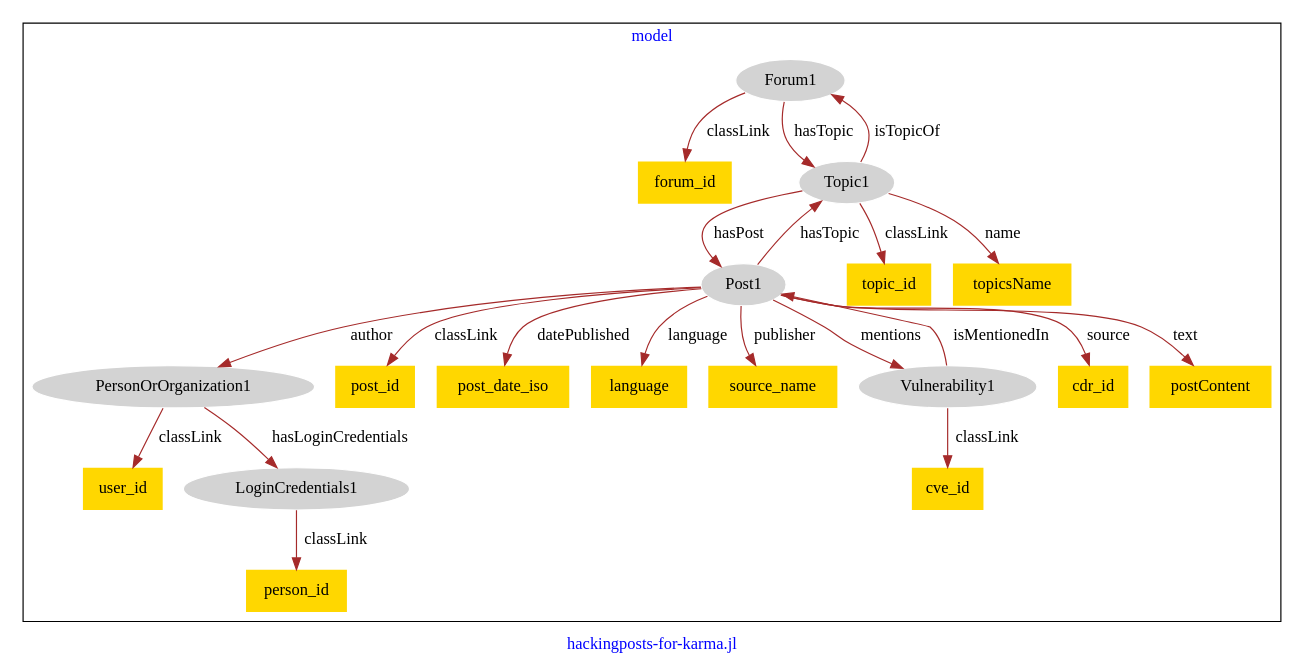
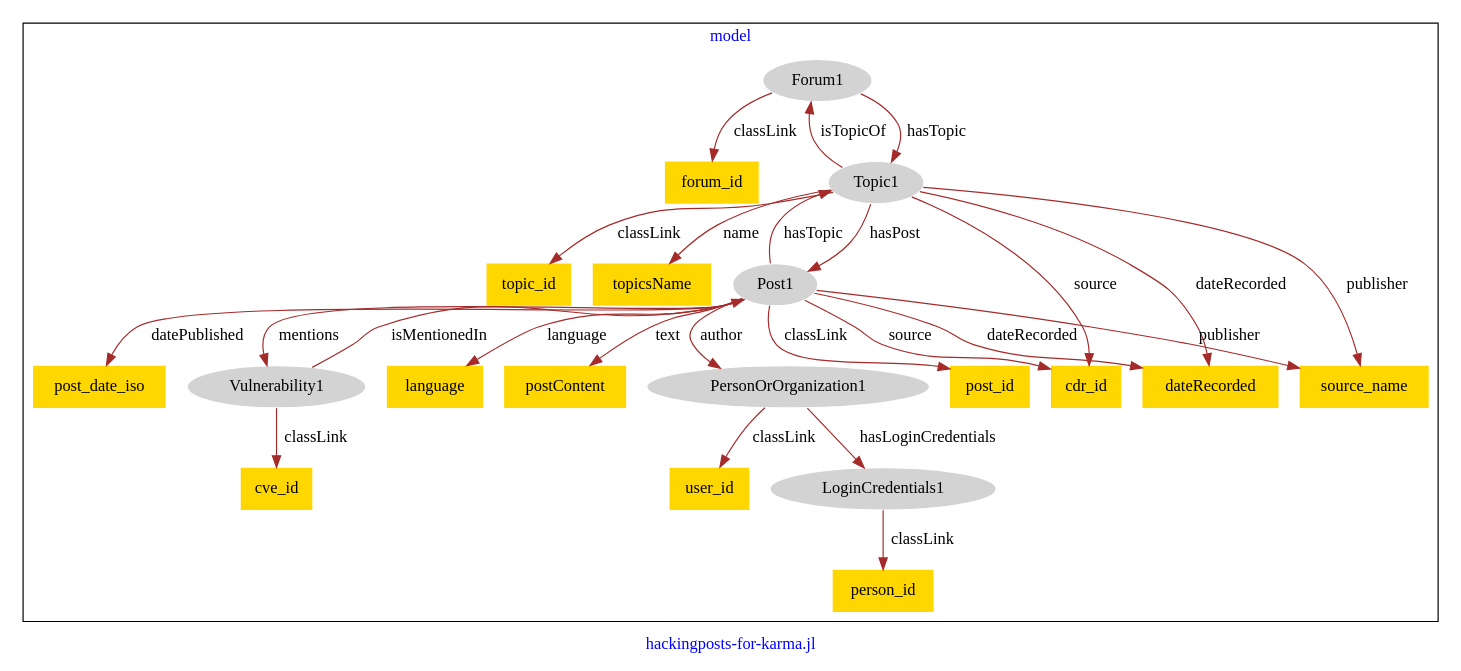
One commit to usc-isi-i2/effect-alignment changed the diagram in models/asu-hacking-posts/hacking_posts-model.dot. Above: the diagram before and after it, drawn with Graphviz.

Commit message:
Update file hacking_posts-model.dot

```diff
--- a/models/asu-hacking-posts/hacking_posts-model.dot
+++ b/models/asu-hacking-posts/hacking_posts-model.dot
@@ -1,46 +1,51 @@
 digraph n0 {
 fontcolor="blue"
 remincross="true"
 label="hackingposts-for-karma.jl"
 subgraph cluster {
 label="model"
 n2[style="filled",color="white",fillcolor="lightgray",label="Forum1"];
 n3[shape="plaintext",style="filled",fillcolor="gold",label="forum_id"];
-n4[style="filled",color="white",fillcolor="lightgray",label="LoginCredentials1"];
-n5[shape="plaintext",style="filled",fillcolor="gold",label="person_id"];
-n6[style="filled",color="white",fillcolor="lightgray",label="PersonOrOrganization1"];
-n7[shape="plaintext",style="filled",fillcolor="gold",label="user_id"];
-n8[style="filled",color="white",fillcolor="lightgray",label="Post1"];
-n9[shape="plaintext",style="filled",fillcolor="gold",label="post_id"];
-n10[style="filled",color="white",fillcolor="lightgray",label="Topic1"];
+n4[style="filled",color="white",fillcolor="lightgray",label="Topic1"];
+n5[style="filled",color="white",fillcolor="lightgray",label="LoginCredentials1"];
+n6[shape="plaintext",style="filled",fillcolor="gold",label="person_id"];
+n7[style="filled",color="white",fillcolor="lightgray",label="PersonOrOrganization1"];
+n8[shape="plaintext",style="filled",fillcolor="gold",label="user_id"];
+n9[style="filled",color="white",fillcolor="lightgray",label="Post1"];
+n10[shape="plaintext",style="filled",fillcolor="gold",label="post_id"];
 n11[shape="plaintext",style="filled",fillcolor="gold",label="post_date_iso"];
 n12[shape="plaintext",style="filled",fillcolor="gold",label="language"];
-n13[style="filled",color="white",fillcolor="lightgray",label="Vulnerability1"];
-n14[shape="plaintext",style="filled",fillcolor="gold",label="source_name"];
-n15[shape="plaintext",style="filled",fillcolor="gold",label="cdr_id"];
-n16[shape="plaintext",style="filled",fillcolor="gold",label="postContent"];
-n17[shape="plaintext",style="filled",fillcolor="gold",label="topic_id"];
-n18[shape="plaintext",style="filled",fillcolor="gold",label="topicsName"];
-n19[shape="plaintext",style="filled",fillcolor="gold",label="cve_id"];
+n13[shape="plaintext",style="filled",fillcolor="gold",label="postContent"];
+n14[shape="plaintext",style="filled",fillcolor="gold",label="topic_id"];
+n15[shape="plaintext",style="filled",fillcolor="gold",label="topicsName"];
+n16[style="filled",color="white",fillcolor="lightgray",label="Vulnerability1"];
+n17[shape="plaintext",style="filled",fillcolor="gold",label="cve_id"];
+n18[shape="plaintext",style="filled",fillcolor="gold",label="cdr_id"];
+n19[shape="plaintext",style="filled",fillcolor="gold",label="dateRecorded"];
+n20[shape="plaintext",style="filled",fillcolor="gold",label="source_name"];
 }
 n2 -> n3[color="brown",fontcolor="black",label="classLink"]
-n4 -> n5[color="brown",fontcolor="black",label="classLink"]
-n6 -> n7[color="brown",fontcolor="black",label="classLink"]
-n6 -> n4[color="brown",fontcolor="black",label="hasLoginCredentials"]
-n8 -> n9[color="brown",fontcolor="black",label="classLink"]
-n8 -> n10[color="brown",fontcolor="black",label="hasTopic"]
-n8 -> n6[color="brown",fontcolor="black",label="author"]
-n8 -> n11[color="brown",fontcolor="black",label="datePublished"]
-n8 -> n12[color="brown",fontcolor="black",label="language"]
-n8 -> n13[color="brown",fontcolor="black",label="mentions"]
-n8 -> n14[color="brown",fontcolor="black",label="publisher"]
-n8 -> n15[color="brown",fontcolor="black",label="source"]
-n8 -> n16[color="brown",fontcolor="black",label="text"]
-n10 -> n17[color="brown",fontcolor="black",label="classLink"]
-n10 -> n2[color="brown",fontcolor="black",label="isTopicOf"]
-n10 -> n18[color="brown",fontcolor="black",label="name"]
-n13 -> n19[color="brown",fontcolor="black",label="classLink"]
-n2 -> n10[color="brown",fontcolor="black",label="hasTopic"]
-n13 -> n8[color="brown",fontcolor="black",label="isMentionedIn"]
-n10 -> n8[color="brown",fontcolor="black",label="hasPost"]
+n2 -> n4[color="brown",fontcolor="black",label="hasTopic"]
+n5 -> n6[color="brown",fontcolor="black",label="classLink"]
+n7 -> n8[color="brown",fontcolor="black",label="classLink"]
+n7 -> n5[color="brown",fontcolor="black",label="hasLoginCredentials"]
+n9 -> n10[color="brown",fontcolor="black",label="classLink"]
+n9 -> n4[color="brown",fontcolor="black",label="hasTopic"]
+n9 -> n7[color="brown",fontcolor="black",label="author"]
+n9 -> n11[color="brown",fontcolor="black",label="datePublished"]
+n9 -> n12[color="brown",fontcolor="black",label="language"]
+n9 -> n13[color="brown",fontcolor="black",label="text"]
+n4 -> n14[color="brown",fontcolor="black",label="classLink"]
+n4 -> n15[color="brown",fontcolor="black",label="name"]
+n16 -> n17[color="brown",fontcolor="black",label="classLink"]
+n16 -> n9[color="brown",fontcolor="black",label="isMentionedIn"]
+n9 -> n18[color="brown",fontcolor="black",label="source"]
+n9 -> n19[color="brown",fontcolor="black",label="dateRecorded"]
+n4 -> n20[color="brown",fontcolor="black",label="publisher"]
+n4 -> n9[color="brown",fontcolor="black",label="hasPost"]
+n4 -> n2[color="brown",fontcolor="black",label="isTopicOf"]
+n4 -> n19[color="brown",fontcolor="black",label="dateRecorded"]
+n4 -> n18[color="brown",fontcolor="black",label="source"]
+n9 -> n16[color="brown",fontcolor="black",label="mentions"]
+n9 -> n20[color="brown",fontcolor="black",label="publisher"]
 }
```
